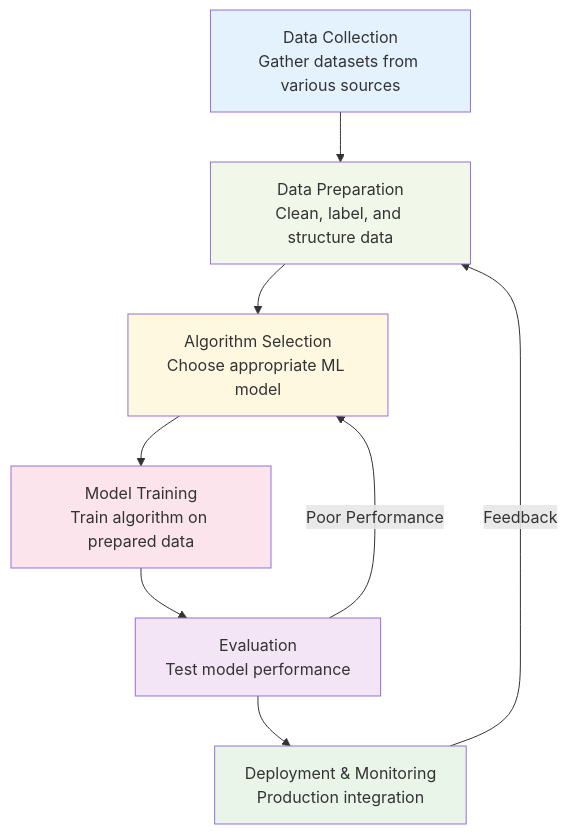
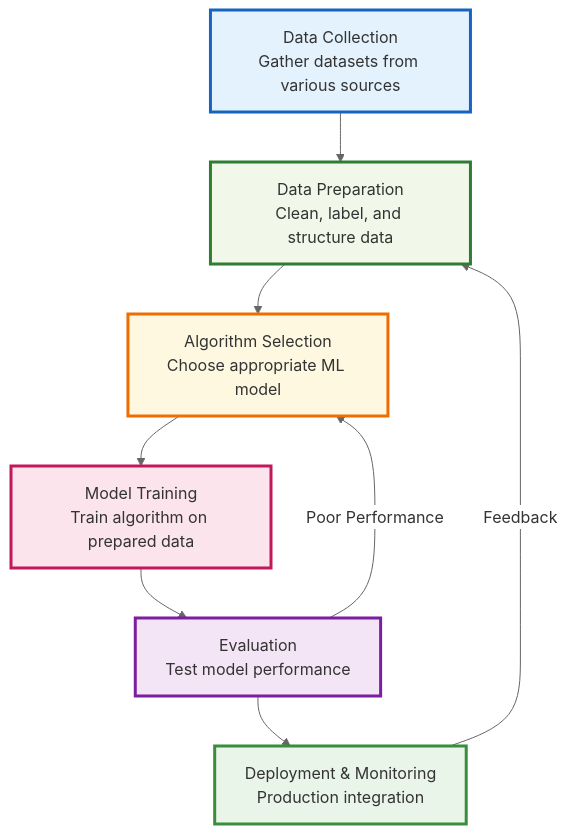
Before and after one commit to kishorekkota/kishorekkota.github.io: the third of 28 diagrams in llm_ai/ai_concepts_visualizations.md, drawn with Mermaid. The commit also changed other lines of this file and 5 other files, not shown here.

First line of the commit message:
Enhance Mermaid diagrams and fix syntax errors

````diff
--- a/llm_ai/ai_concepts_visualizations.md
+++ b/llm_ai/ai_concepts_visualizations.md
@@ -45,24 +51,27 @@
 ```mermaid
+%%{init: {'theme':'base', 'themeVariables': { 'primaryColor': '#ffffff', 'primaryTextColor': '#333333', 'primaryBorderColor': '#cccccc', 'lineColor': '#666666'}}}%%
 graph TB
     A[Data Collection<br/>Gather datasets from various sources]
     B[Data Preparation<br/>Clean, label, and structure data]
     C[Algorithm Selection<br/>Choose appropriate ML model]
     D[Model Training<br/>Train algorithm on prepared data]
     E[Evaluation<br/>Test model performance]
     F[Deployment & Monitoring<br/>Production integration]
     
     A --> B
     B --> C
     C --> D
     D --> E
     E --> F
     F -->|Feedback| B
     E -->|Poor Performance| C
     
-    style A fill:#e3f2fd
-    style B fill:#f1f8e9
-    style C fill:#fff8e1
-    style D fill:#fce4ec
-    style E fill:#f3e5f5
-    style F fill:#e8f5e8
+    style A fill:#e3f2fd,stroke:#1565c0,stroke-width:3px
+    style B fill:#f1f8e9,stroke:#2e7d32,stroke-width:3px
+    style C fill:#fff8e1,stroke:#ef6c00,stroke-width:3px
+    style D fill:#fce4ec,stroke:#c2185b,stroke-width:3px
+    style E fill:#f3e5f5,stroke:#7b1fa2,stroke-width:3px
+    style F fill:#e8f5e8,stroke:#388e3c,stroke-width:3px
+
+
 ```
````
